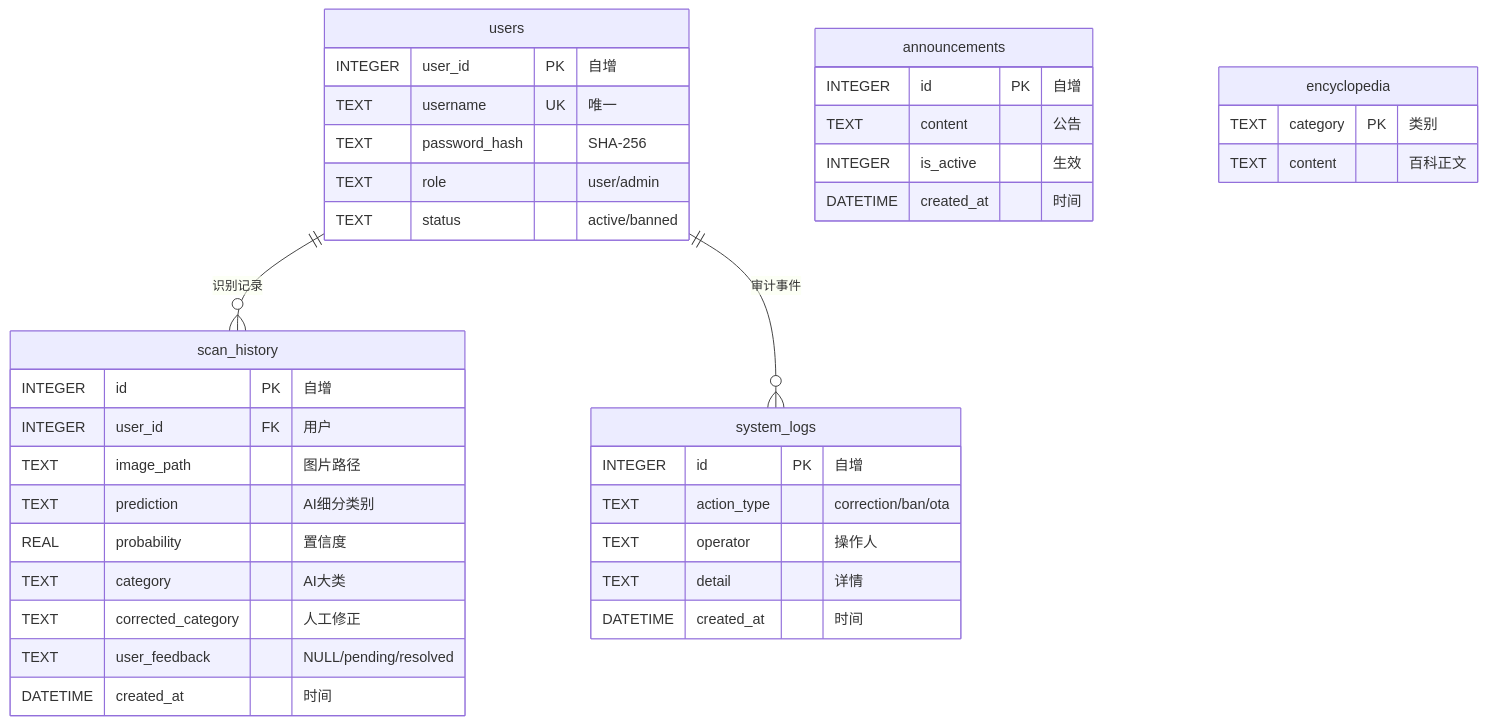
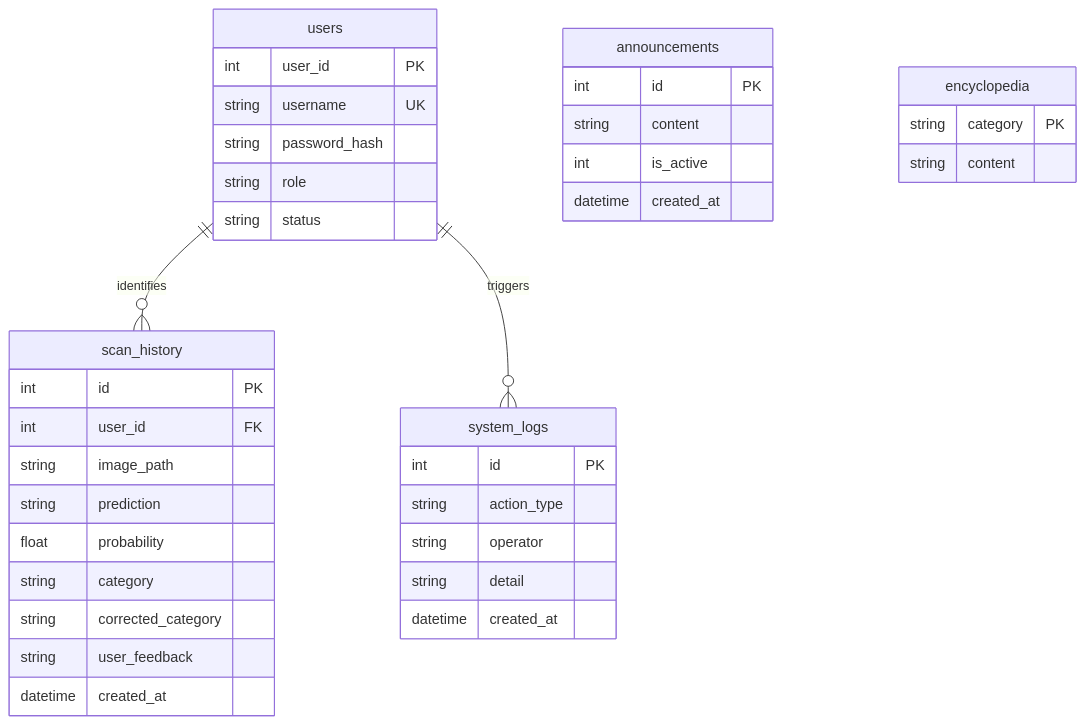
The diagram in docs/ER_DIAGRAM.md (SoulSoulGoodman/CampusWasteSorting-system), drawn with Mermaid before and after one commit. The commit also changed other lines of this file, not shown here.

Commit message:
docs: fix ER diagram Mermaid syntax for GitHub rendering

````diff
--- a/docs/ER_DIAGRAM.md
+++ b/docs/ER_DIAGRAM.md
@@ -3,45 +5,45 @@
 ```mermaid
 erDiagram
+    users ||--o{ scan_history : identifies
+    users ||--o{ system_logs : triggers
+
     users {
-        INTEGER user_id PK "自增"
-        TEXT username UK "唯一"
-        TEXT password_hash "SHA-256"
-        TEXT role "user/admin"
-        TEXT status "active/banned"
+        int user_id PK
+        string username UK
+        string password_hash
+        string role
+        string status
     }
 
     scan_history {
-        INTEGER id PK "自增"
-        INTEGER user_id FK "用户"
-        TEXT image_path "图片路径"
-        TEXT prediction "AI细分类别"
-        REAL probability "置信度"
-        TEXT category "AI大类"
-        TEXT corrected_category "人工修正"
-        TEXT user_feedback "NULL/pending/resolved"
-        DATETIME created_at "时间"
+        int id PK
+        int user_id FK
+        string image_path
+        string prediction
+        float probability
+        string category
+        string corrected_category
+        string user_feedback
+        datetime created_at
     }
 
     system_logs {
-        INTEGER id PK "自增"
-        TEXT action_type "correction/ban/ota"
-        TEXT operator "操作人"
-        TEXT detail "详情"
-        DATETIME created_at "时间"
+        int id PK
+        string action_type
+        string operator
+        string detail
+        datetime created_at
     }
 
     announcements {
-        INTEGER id PK "自增"
-        TEXT content "公告"
-        INTEGER is_active "生效"
-        DATETIME created_at "时间"
+        int id PK
+        string content
+        int is_active
+        datetime created_at
     }
 
     encyclopedia {
-        TEXT category PK "类别"
-        TEXT content "百科正文"
+        string category PK
+        string content
     }
-
-    users ||--o{ scan_history : "识别记录"
-    users ||--o{ system_logs : "审计事件"
 ```
````
